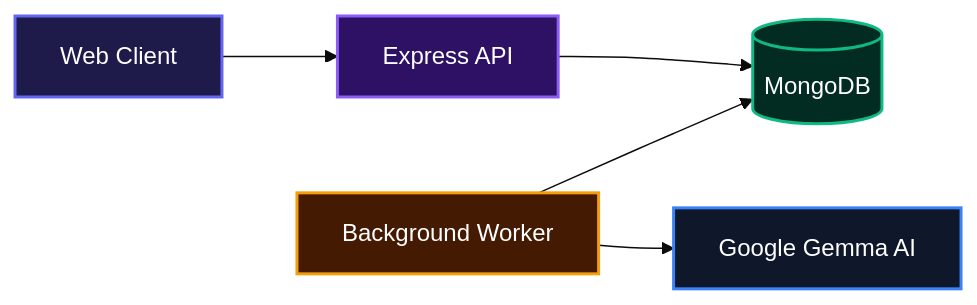
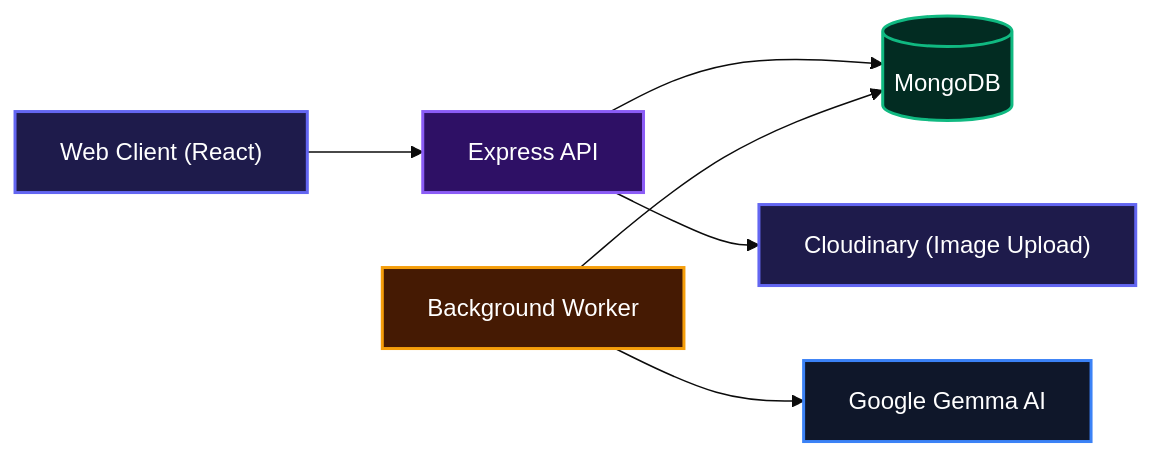
The first of 3 diagrams in README.md (Searcher06/AI-Powered-Incident-Intelligent-System), drawn with Mermaid (base theme) before and after one commit. The commit also changed other lines of this file, not shown here.

First line of the commit message:
docs: enhance README with improved clarity and Cloudinary integration details

````diff
--- a/README.md
+++ b/README.md
@@ -11,19 +11,22 @@
 ```mermaid
 flowchart LR
-    WebClient["Web Client"]
+    WebClient["Web Client (React)"]
     ExpressAPI["Express API"]
     MongoDB[("MongoDB")]
     GemmaAI["Google Gemma AI"]
     BackgroundWorker["Background Worker"]
+    Cloudinary["Cloudinary (Image Upload)"]
 
     WebClient --> ExpressAPI
     ExpressAPI --> MongoDB
+    ExpressAPI --> Cloudinary
     BackgroundWorker --> MongoDB
     BackgroundWorker --> GemmaAI
 
     style WebClient fill:#1e1b4b,stroke:#6366f1,stroke-width:2px,color:#fff
     style ExpressAPI fill:#2e1065,stroke:#8b5cf6,stroke-width:2px,color:#fff
     style MongoDB fill:#022c22,stroke:#10b981,stroke-width:2px,color:#fff
     style GemmaAI fill:#0f172a,stroke:#3b82f6,stroke-width:2px,color:#fff
     style BackgroundWorker fill:#451a03,stroke:#f59e0b,stroke-width:2px,color:#fff
+    style Cloudinary fill:#1e1b4b,stroke:#6366f1,stroke-width:2px,color:#fff
 ```
````
